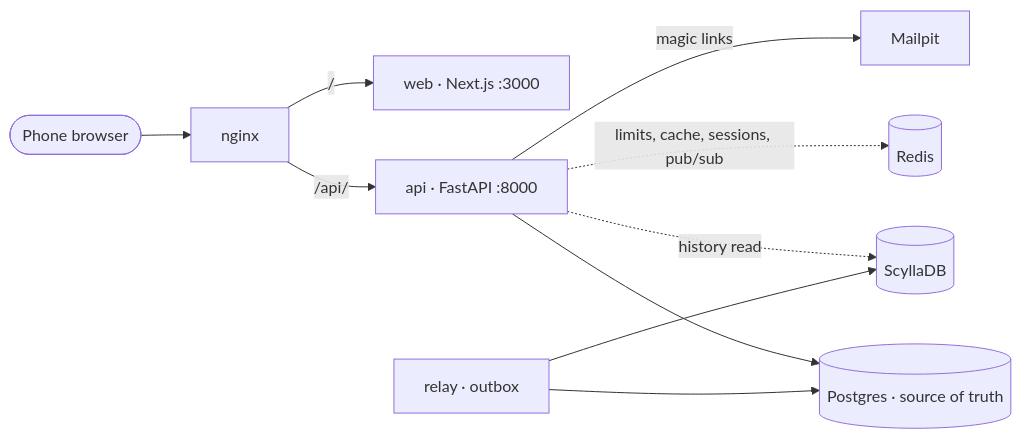
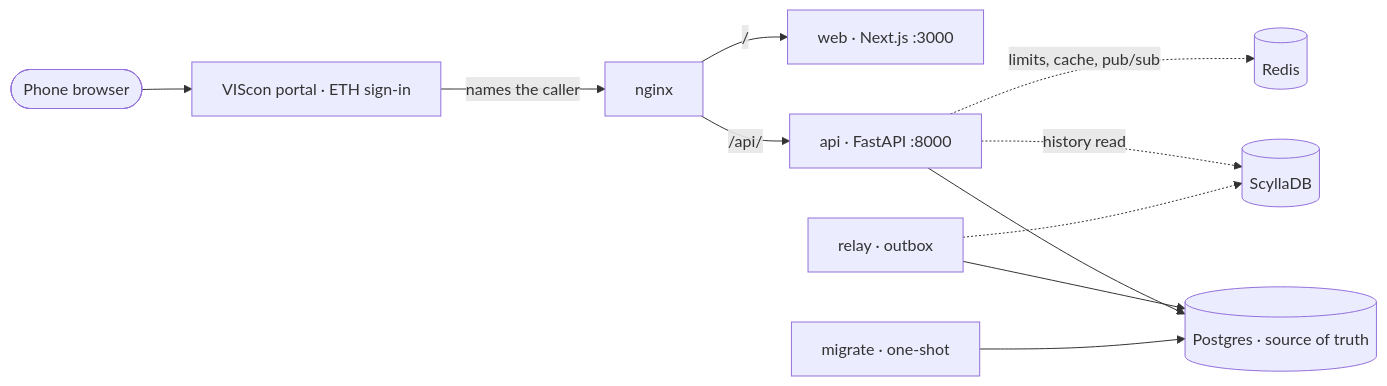
The second of 2 diagrams in docs/SPEC.md (the-quant-larp-has-no-end/MarkETH), drawn with Mermaid before and after one commit. The commit also changed other lines of this file and 289 other files, not shown here.

````diff
--- a/docs/SPEC.md
+++ b/docs/SPEC.md
@@ -237,12 +298,13 @@
 ```mermaid
 flowchart LR
-    phone([Phone browser]) --> nginx
+    phone([Phone browser]) --> portal[VIScon portal · ETH sign-in]
+    portal -->|names the caller| nginx
     nginx -->|/| web[web · Next.js :3000]
     nginx -->|/api/| api[api · FastAPI :8000]
     api --> postgres[(Postgres · source of truth)]
-    api -.->|limits, cache, sessions, pub/sub| redis[(Redis)]
+    api -.->|limits, cache, pub/sub| redis[(Redis)]
     api -.->|history read| scylla[(ScyllaDB)]
-    api -->|magic links| mailpit[Mailpit]
     relay[relay · outbox] --> postgres
-    relay --> scylla
+    relay -.-> scylla
+    migrate[migrate · one-shot] --> postgres
 ```
````
